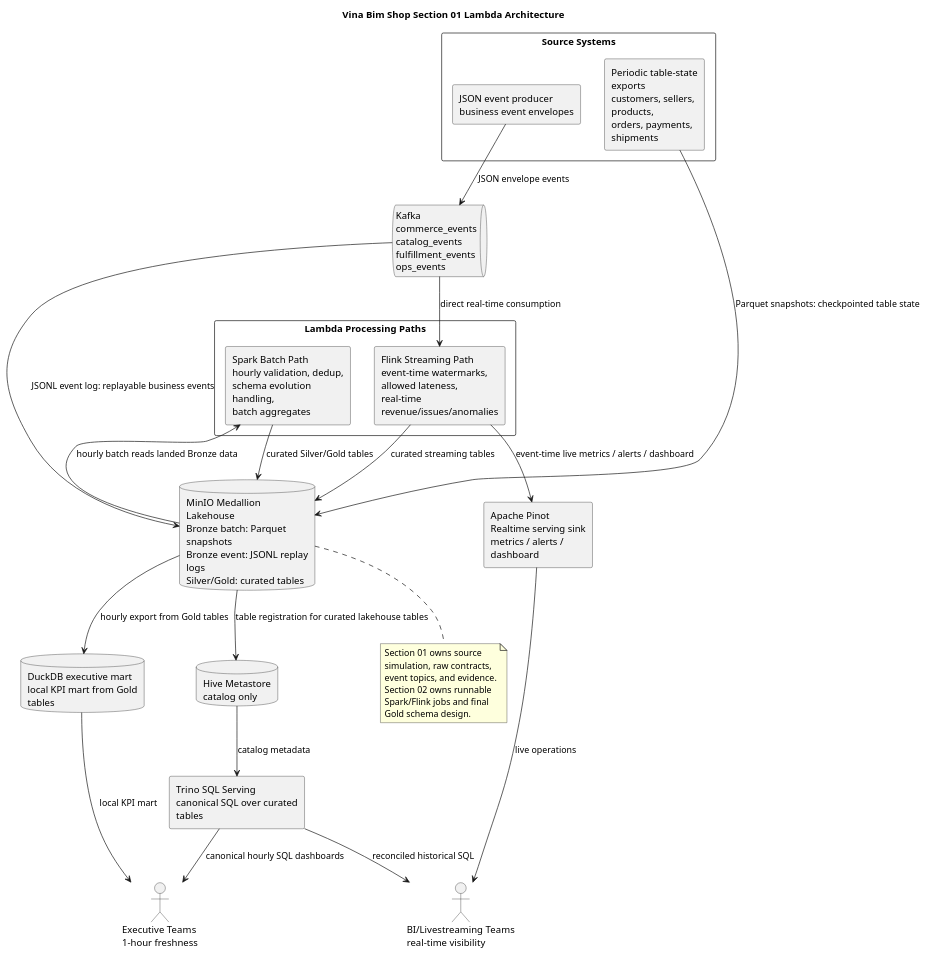
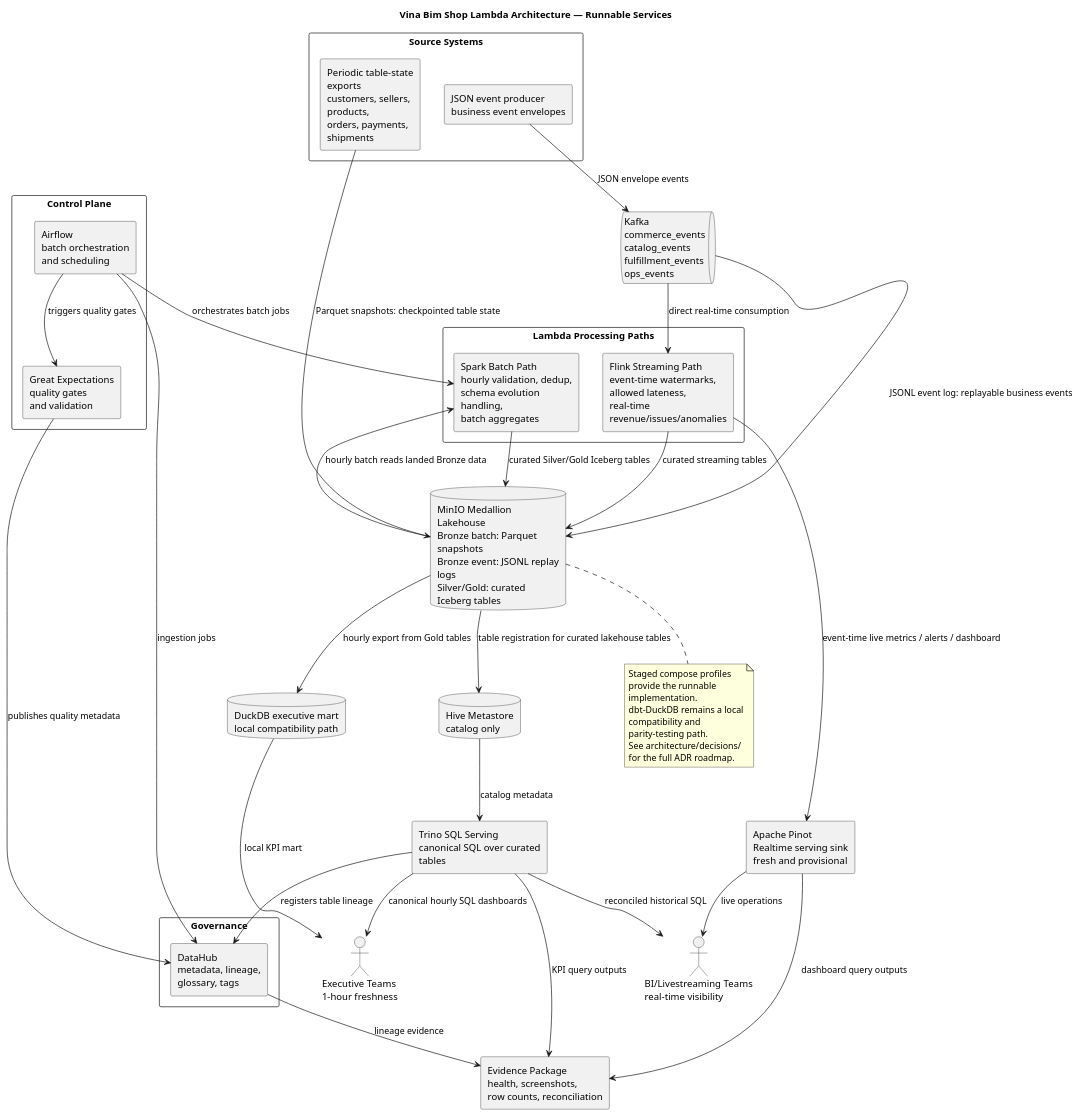
One commit to hhoangdo/ecom-data-platform changed the diagram in architecture/diagrams/lambda_architecture.puml. Above: the diagram before and after it, drawn with PlantUML. The commit also changed 15 other files, not shown here.

First line of the commit message:
ADR 08: Enhance schema design documentation and add final integration evidence

```diff
--- a/architecture/diagrams/lambda_architecture.puml
+++ b/architecture/diagrams/lambda_architecture.puml
@@ -1,50 +1,70 @@
 @startuml
-title Vina Bim Shop Section 01 Lambda Architecture
+title Vina Bim Shop Lambda Architecture — Runnable Services
 
 skinparam componentStyle rectangle
 skinparam shadowing false
 skinparam wrapWidth 180
 
 actor "Executive Teams\n1-hour freshness" as Executive
 actor "BI/Livestreaming Teams\nreal-time visibility" as BI
 
 rectangle "Source Systems" as Sources {
   component "Periodic table-state exports\ncustomers, sellers, products,\norders, payments, shipments" as Offline
   component "JSON event producer\nbusiness event envelopes" as Producer
 }
 
 queue "Kafka\ncommerce_events\ncatalog_events\nfulfillment_events\nops_events" as Kafka
 
 rectangle "Lambda Processing Paths" as Lambda {
   component "Spark Batch Path\nhourly validation, dedup,\nschema evolution handling,\nbatch aggregates" as Spark
   component "Flink Streaming Path\nevent-time watermarks,\nallowed lateness,\nreal-time revenue/issues/anomalies" as Flink
 }
 
-database "MinIO Medallion Lakehouse\nBronze batch: Parquet snapshots\nBronze event: JSONL replay logs\nSilver/Gold: curated tables" as MinIO
+database "MinIO Medallion Lakehouse\nBronze batch: Parquet snapshots\nBronze event: JSONL replay logs\nSilver/Gold: curated Iceberg tables" as MinIO
 database "Hive Metastore\ncatalog only" as Hive
 component "Trino SQL Serving\ncanonical SQL over curated tables" as Trino
-component "Apache Pinot\nRealtime serving sink\nmetrics / alerts / dashboard" as Realtime
-database "DuckDB executive mart\nlocal KPI mart from Gold tables" as DuckDB
+component "Apache Pinot\nRealtime serving sink\nfresh and provisional" as Realtime
+database "DuckDB executive mart\nlocal compatibility path" as DuckDB
+
+rectangle "Control Plane" as Control {
+  component "Airflow\nbatch orchestration\nand scheduling" as Airflow
+  component "Great Expectations\nquality gates\nand validation" as GX
+}
+
+rectangle "Governance" as Gov {
+  component "DataHub\nmetadata, lineage,\nglossary, tags" as DataHub
+}
+
+component "Evidence Package\nhealth, screenshots,\nrow counts, reconciliation" as Evidence
 
 Offline --> MinIO : Parquet snapshots: checkpointed table state
 Producer --> Kafka : JSON envelope events
 Kafka --> Flink : direct real-time consumption
 Kafka --> MinIO : JSONL event log: replayable business events
 MinIO --> Spark : hourly batch reads landed Bronze data
-Spark --> MinIO : curated Silver/Gold tables
+Spark --> MinIO : curated Silver/Gold Iceberg tables
 Flink --> Realtime : event-time live metrics / alerts / dashboard
 Realtime --> BI : live operations
 Flink --> MinIO : curated streaming tables
 MinIO --> Hive : table registration for curated lakehouse tables
 Hive --> Trino : catalog metadata
 Trino --> Executive : canonical hourly SQL dashboards
 MinIO --> DuckDB : hourly export from Gold tables
 DuckDB --> Executive : local KPI mart
 Trino --> BI : reconciled historical SQL
+Airflow --> Spark : orchestrates batch jobs
+Airflow --> GX : triggers quality gates
+GX --> DataHub : publishes quality metadata
+Trino --> DataHub : registers table lineage
+Airflow --> DataHub : ingestion jobs
+Trino --> Evidence : KPI query outputs
+Realtime --> Evidence : dashboard query outputs
+DataHub --> Evidence : lineage evidence
 
 note bottom of MinIO
-Section 01 owns source simulation, raw contracts, event topics, and evidence.
-Section 02 owns runnable Spark/Flink jobs and final Gold schema design.
+Staged compose profiles provide the runnable implementation.
+dbt-DuckDB remains a local compatibility and parity-testing path.
+See architecture/decisions/ for the full ADR roadmap.
 end note
 
 @enduml
```
